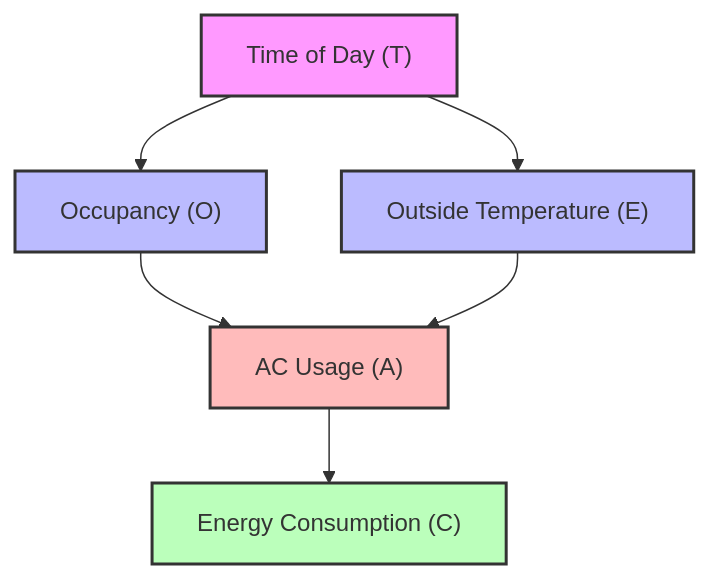
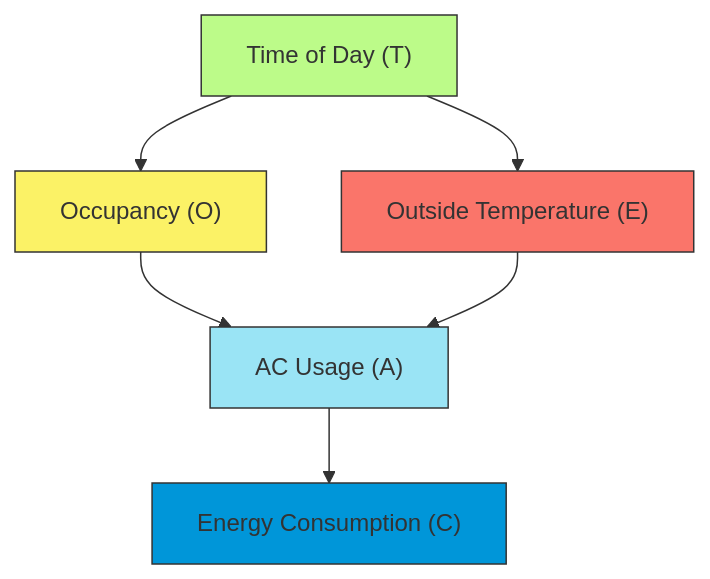
One commit to Chaklader/part-of-speech-tagging changed the tenth of 13 diagrams in C_4.md. Above: the diagram before and after it, drawn with Mermaid. The commit also changed other lines of this file, not shown here.

````diff
--- a/C_4.md
+++ b/C_4.md
@@ -1952,14 +1982,15 @@
 ```mermaid
 graph TD
     T["Time of Day (T)"] --> O["Occupancy (O)"]
     T --> E["Outside Temperature (E)"]
     O --> A["AC Usage (A)"]
     E --> A
     A --> C["Energy Consumption (C)"]
 
-    style T fill:#f9f,stroke:#333,stroke-width:2px
-    style O fill:#bbf,stroke:#333,stroke-width:2px
-    style E fill:#bbf,stroke:#333,stroke-width:2px
-    style A fill:#fbb,stroke:#333,stroke-width:2px
-    style C fill:#bfb,stroke:#333,stroke-width:2px
+
+    style T fill:#BCFB89,stroke:#333,stroke-width:1px
+    style O fill:#FBF266,stroke:#333,stroke-width:1px
+    style E fill:#FA756A,stroke:#333,stroke-width:1px
+    style A fill:#9AE4F5,stroke:#333,stroke-width:1px
+    style C fill:#0096D9,stroke:#333,stroke-width:1px
 ```
````
